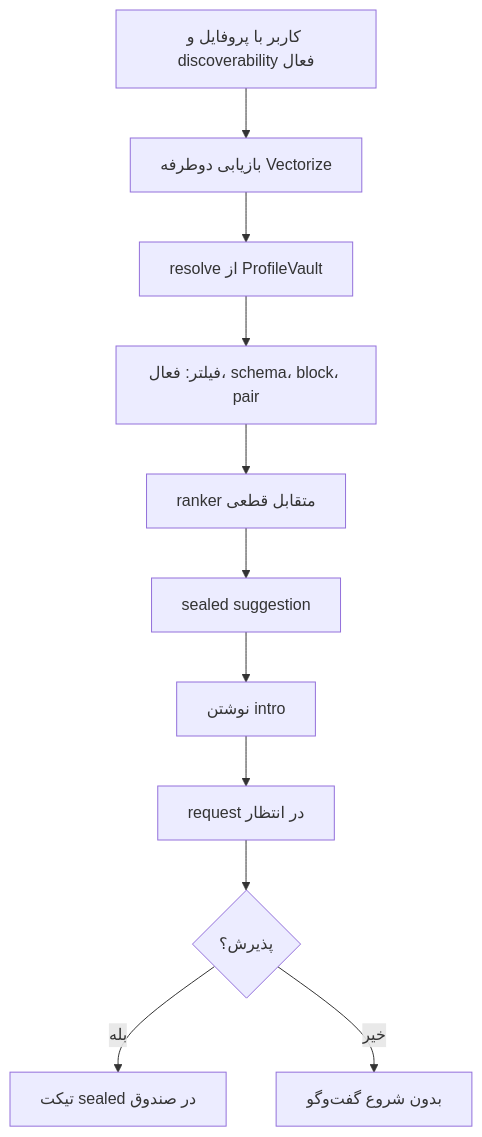
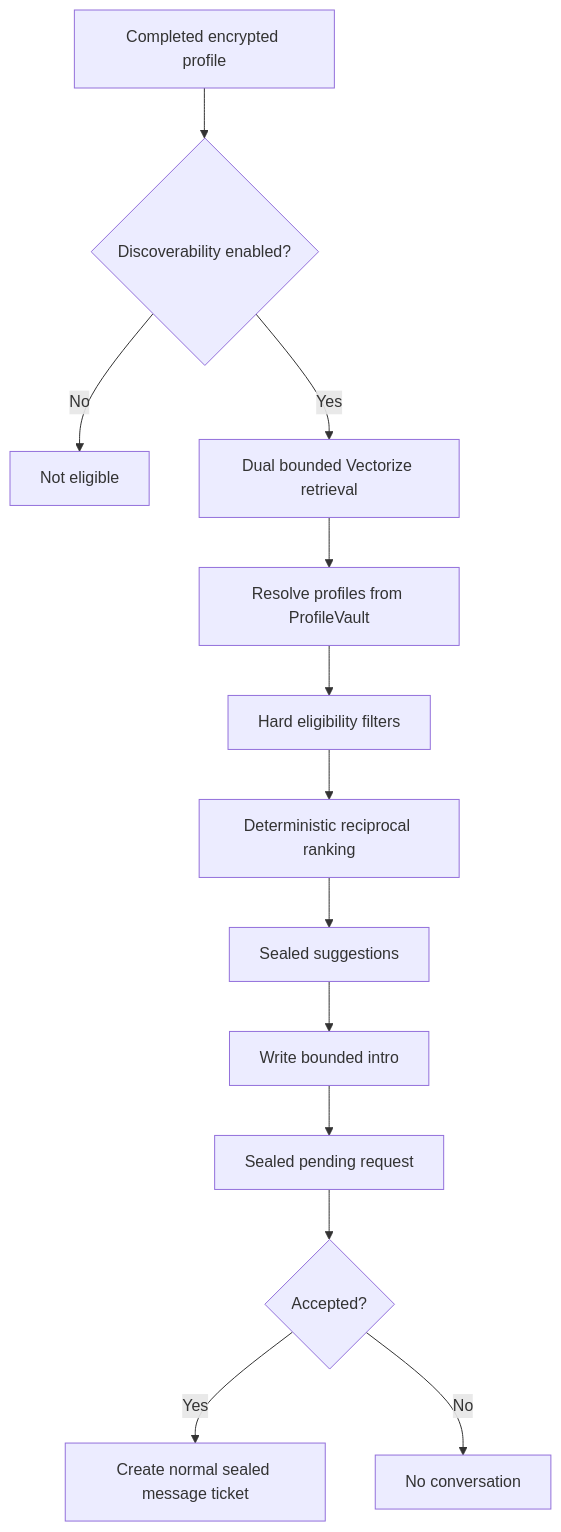
Before and after one commit to mohetios/mohetios.dev: the fifth of 5 diagrams in content/fa/lab/nekonymous-anonymous-messaging-technical-lab.md, drawn with Mermaid. The commit also changed other lines of this file and 2 other files, not shown here.

````diff
--- a/content/fa/lab/nekonymous-anonymous-messaging-technical-lab.md
+++ b/content/fa/lab/nekonymous-anonymous-messaging-technical-lab.md
@@ -570,13 +1042,16 @@
 ```mermaid
 flowchart TD
-  A[کاربر با پروفایل و discoverability فعال] --> B[بازیابی دوطرفه Vectorize]
-  B --> C[resolve از ProfileVault]
-  C --> D[فیلتر: فعال، schema، block، pair]
-  D --> E[ranker متقابل قطعی]
-  E --> F[sealed suggestion]
-  F --> G[نوشتن intro]
-  G --> H[request در انتظار]
-  H --> I{پذیرش؟}
-  I -->|بله| J[تیکت sealed در صندوق]
-  I -->|خیر| K[بدون شروع گفت‌وگو]
+  P[Completed encrypted profile] --> O{Discoverability enabled?}
+  O -->|No| X[Not eligible]
+  O -->|Yes| V[Dual bounded Vectorize retrieval]
+
+  V --> R[Resolve profiles from ProfileVault]
+  R --> F[Hard eligibility filters]
+  F --> D[Deterministic reciprocal ranking]
+  D --> S[Sealed suggestions]
+  S --> I[Write bounded intro]
+  I --> Q[Sealed pending request]
+  Q --> A{Accepted?}
+  A -->|Yes| T[Create normal sealed message ticket]
+  A -->|No| N[No conversation]
 ```
````
